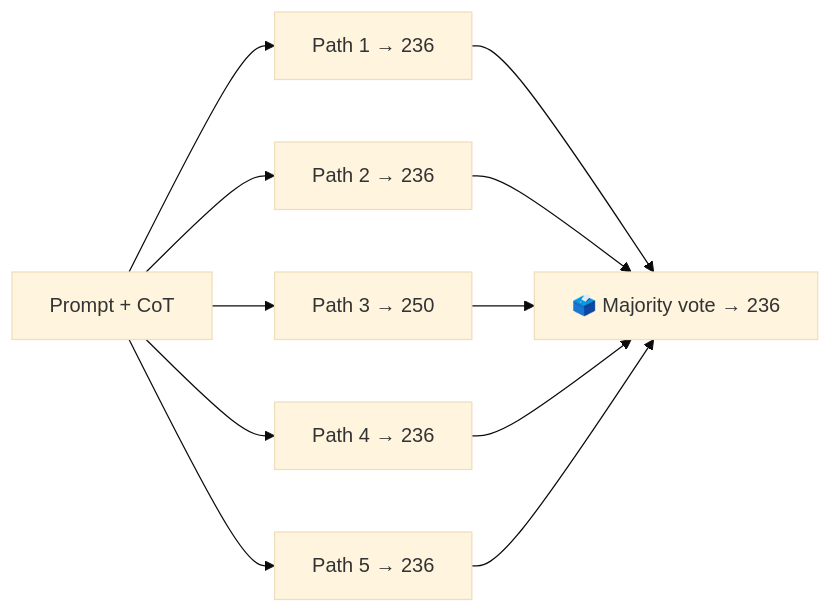
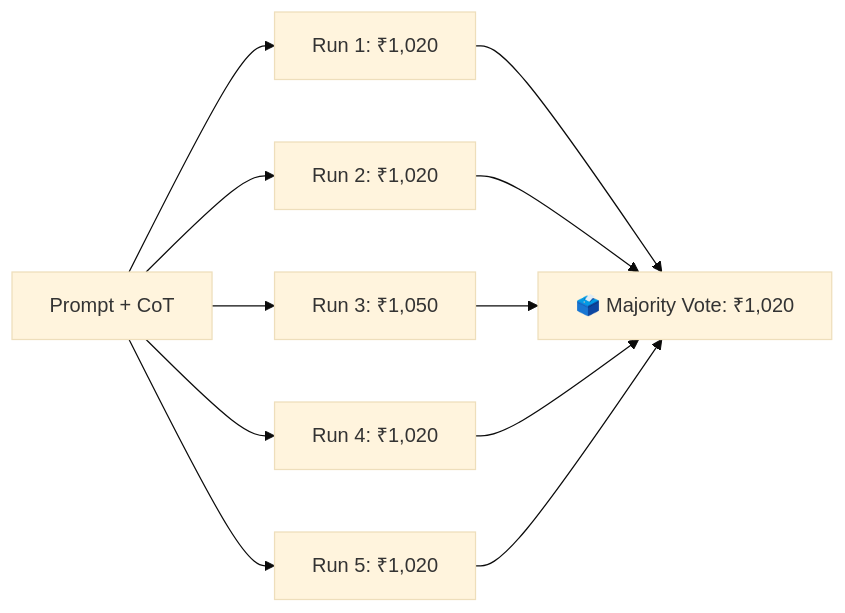
One commit to ABVicky/Prompt-Engineering-by-Vicky changed the second of 3 diagrams in modules/05-reasoning-techniques.md. Above: the diagram before and after it, drawn with Mermaid (base theme). The commit also changed other lines of this file and 19 other files, not shown here.

````diff
--- a/modules/05-reasoning-techniques.md
+++ b/modules/05-reasoning-techniques.md
@@ -91,9 +120,9 @@
 ```mermaid
 flowchart LR
-    P["Prompt + CoT"] --> R1["Path 1 → 236"]
-    P --> R2["Path 2 → 236"]
-    P --> R3["Path 3 → 250"]
-    P --> R4["Path 4 → 236"]
-    P --> R5["Path 5 → 236"]
-    R1 & R2 & R3 & R4 & R5 --> V["🗳️ Majority vote → 236"]
+    P["Prompt + CoT"] --> R1["Run 1: ₹1,020"]
+    P --> R2["Run 2: ₹1,020"]
+    P --> R3["Run 3: ₹1,050"]
+    P --> R4["Run 4: ₹1,020"]
+    P --> R5["Run 5: ₹1,020"]
+    R1 & R2 & R3 & R4 & R5 --> V["🗳️ Majority Vote: ₹1,020"]
 ```
````
